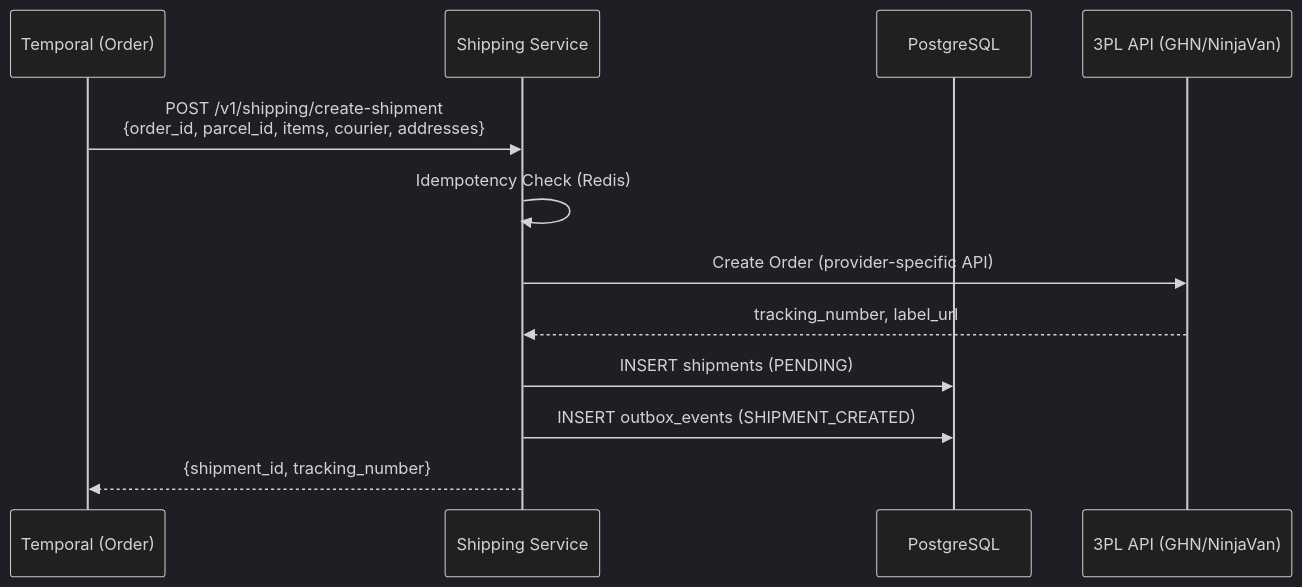
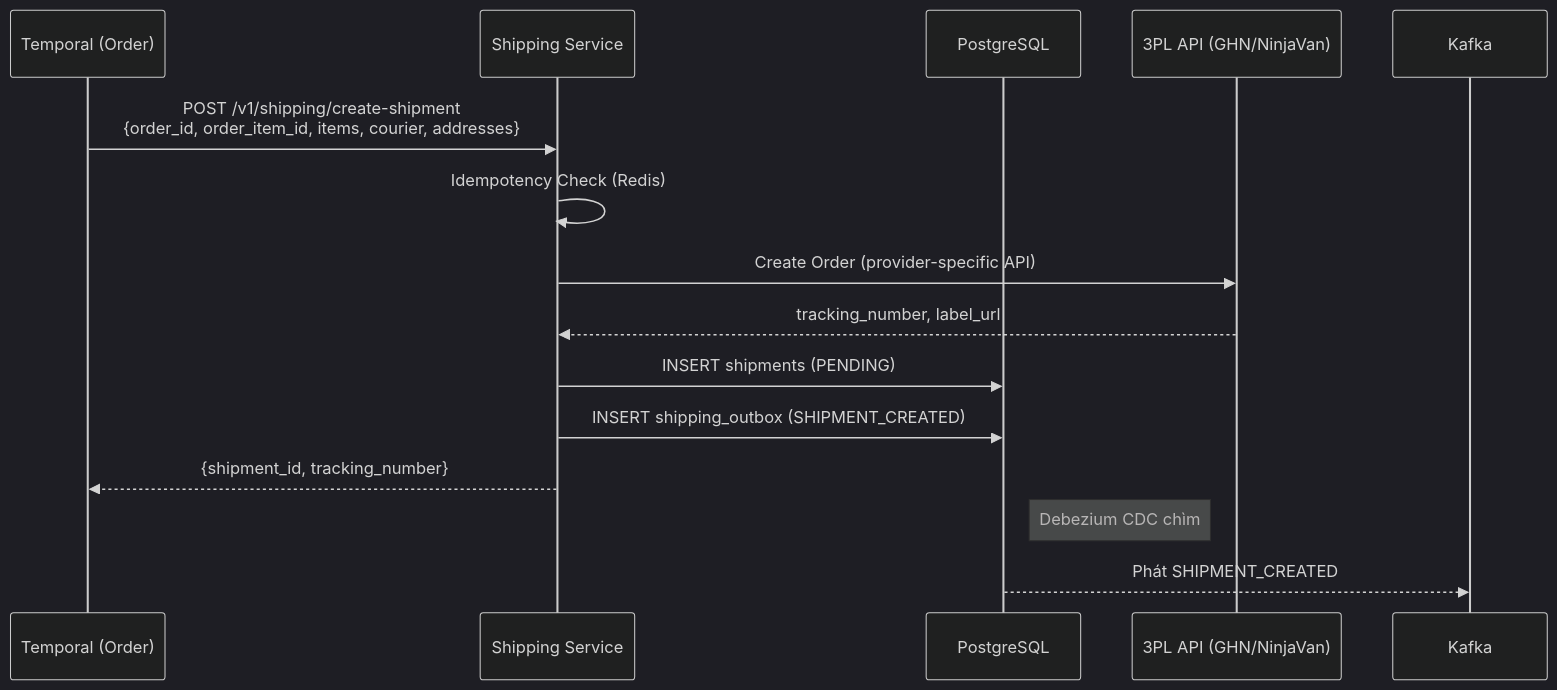
One commit to quangdung2110/e-commerce-microservices changed the diagram in docs/shipping/shipping_workflow.md. Above: the diagram before and after it, drawn with Mermaid (dark theme). The commit also changed other lines of this file and 85 other files, not shown here.

````diff
--- a/docs/shipping/shipping_workflow.md
+++ b/docs/shipping/shipping_workflow.md
@@ -84,15 +84,17 @@
 ```mermaid
 sequenceDiagram
     participant TW as Temporal (Order)
     participant SS as Shipping Service
     participant DB as PostgreSQL
     participant PL as 3PL API (GHN/NinjaVan)
 
-    TW->>SS: POST /v1/shipping/create-shipment<br>{order_id, parcel_id, items, courier, addresses}
+    TW->>SS: POST /v1/shipping/create-shipment<br>{order_id, order_item_id, items, courier, addresses}
     SS->>SS: Idempotency Check (Redis)
     SS->>PL: Create Order (provider-specific API)
     PL-->>SS: tracking_number, label_url
     SS->>DB: INSERT shipments (PENDING)
-    SS->>DB: INSERT outbox_events (SHIPMENT_CREATED)
+    SS->>DB: INSERT shipping_outbox (SHIPMENT_CREATED)
     SS-->>TW: {shipment_id, tracking_number}
+    Note right of DB: Debezium CDC chìm
+    DB-->>Kafka: Phát SHIPMENT_CREATED
 ```
````
